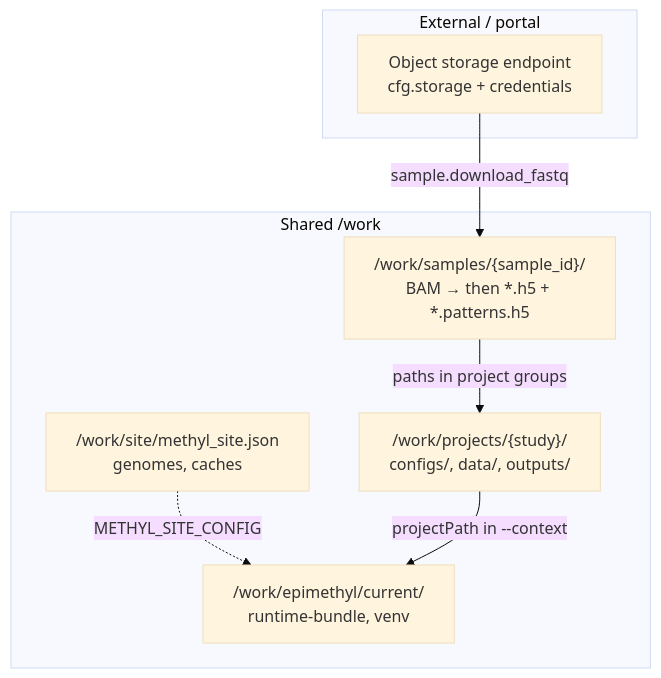
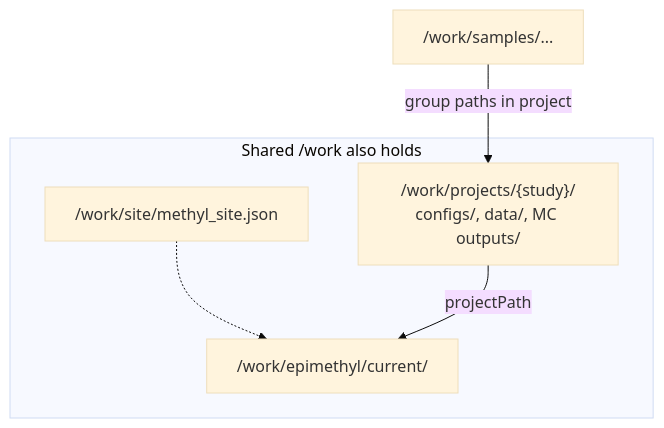
One commit to Goliath-Research/GoliathWorkflow changed the fourth of 18 diagrams in docs/architecture/end-to-end-workflow.md. Above: the diagram before and after it, drawn with Mermaid (base theme). The commit also changed other lines of this file, not shown here.

````diff
--- a/docs/architecture/end-to-end-workflow.md
+++ b/docs/architecture/end-to-end-workflow.md
@@ -72,18 +99,11 @@
 ```mermaid
 flowchart TB
-  subgraph external["External / portal"]
-    OBJ["Object storage endpoint<br/>cfg.storage + credentials"]
+  subgraph work["Shared /work also holds"]
+    PROJ["/work/projects/{study}/<br/>configs/, data/, MC outputs/"]
+    SITE["/work/site/methyl_site.json"]
+    EPI["/work/epimethyl/current/"]
   end
-
-  subgraph work["Shared /work"]
-    SAMP["/work/samples/{sample_id}/<br/>BAM → then *.h5 + *.patterns.h5"]
-    PROJ["/work/projects/{study}/<br/>configs/, data/, outputs/"]
-    SITE["/work/site/methyl_site.json<br/>genomes, caches"]
-    EPI["/work/epimethyl/current/<br/>runtime-bundle, venv"]
-  end
-
-  OBJ -->|"sample.download_fastq"| SAMP
-  SAMP -->|"paths in project groups"| PROJ
-  SITE -.->|"METHYL_SITE_CONFIG"| EPI
-  PROJ -->|"projectPath in --context"| EPI
+  W2["/work/samples/..."] -->|"group paths in project"| PROJ
+  SITE -.-> EPI
+  PROJ -->|"projectPath"| EPI
 ```
````
